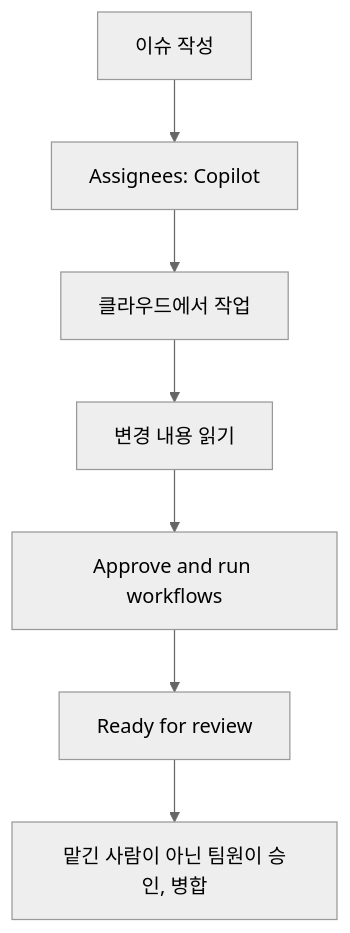
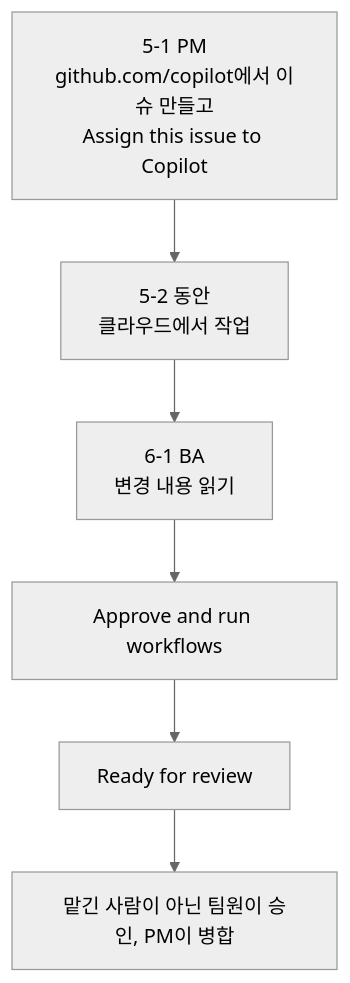
The third of 4 diagrams in docs/class5/index.md (skilleat-labs/github-300-lab), drawn with Mermaid (neutral theme) before and after one commit. The commit also changed other lines of this file and 13 other files, not shown here.

First line of the commit message:
클라우드 에이전트 맡기기를 5-1로, 검토를 6-1로 당김. 5교시 교안에 github.com Copilot(쓰고, 고치고, 맡기기) 설명

````diff
--- a/docs/class5/index.md
+++ b/docs/class5/index.md
@@ -88,9 +97,8 @@
 ```mermaid
 flowchart TB
-    A["이슈 작성"] --> B["Assignees: Copilot"]
-    B --> C["클라우드에서 작업"]
-    C --> D["변경 내용 읽기"]
-    D --> E["Approve and run workflows"]
-    E --> F["Ready for review"]
-    F --> G["맡긴 사람이 아닌 팀원이 승인, 병합"]
+    A["5-1 PM<br/>github.com/copilot에서 이슈 만들고<br/>Assign this issue to Copilot"] --> B["5-2 동안<br/>클라우드에서 작업"]
+    B --> C["6-1 BA<br/>변경 내용 읽기"]
+    C --> D["Approve and run workflows"]
+    D --> E["Ready for review"]
+    E --> F["맡긴 사람이 아닌 팀원이 승인, PM이 병합"]
 ```
````
